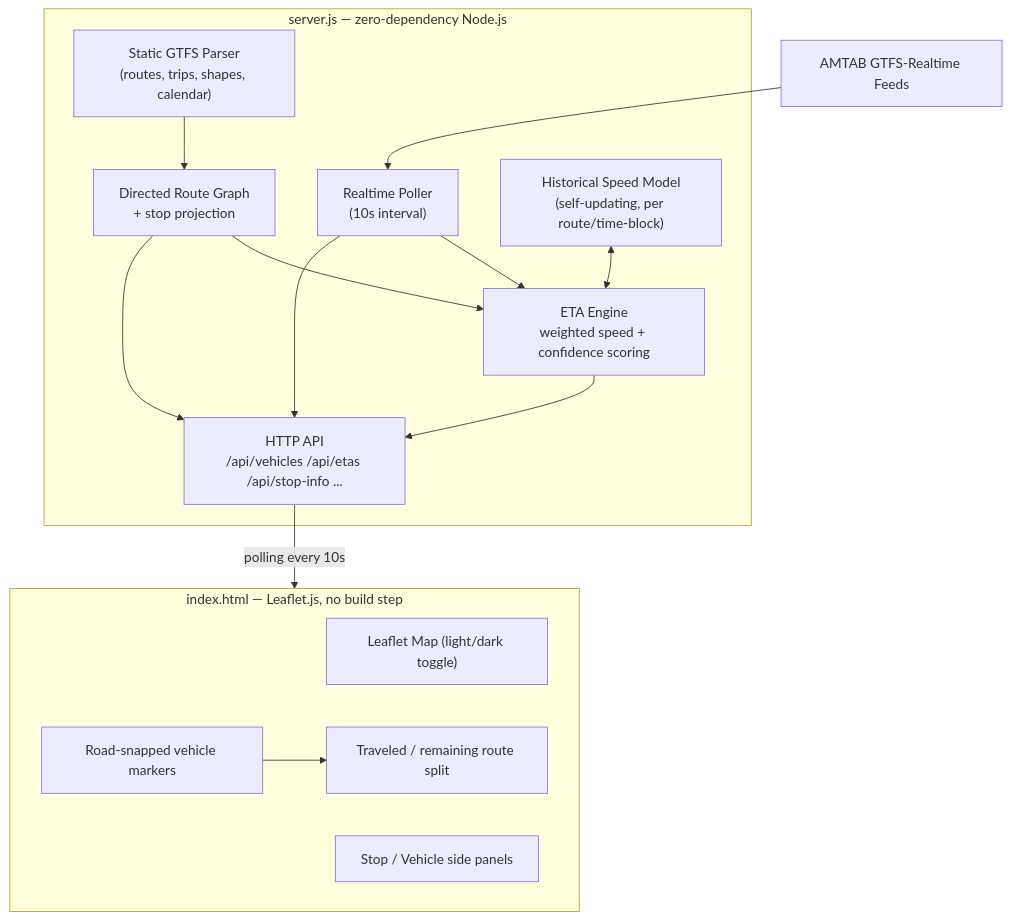
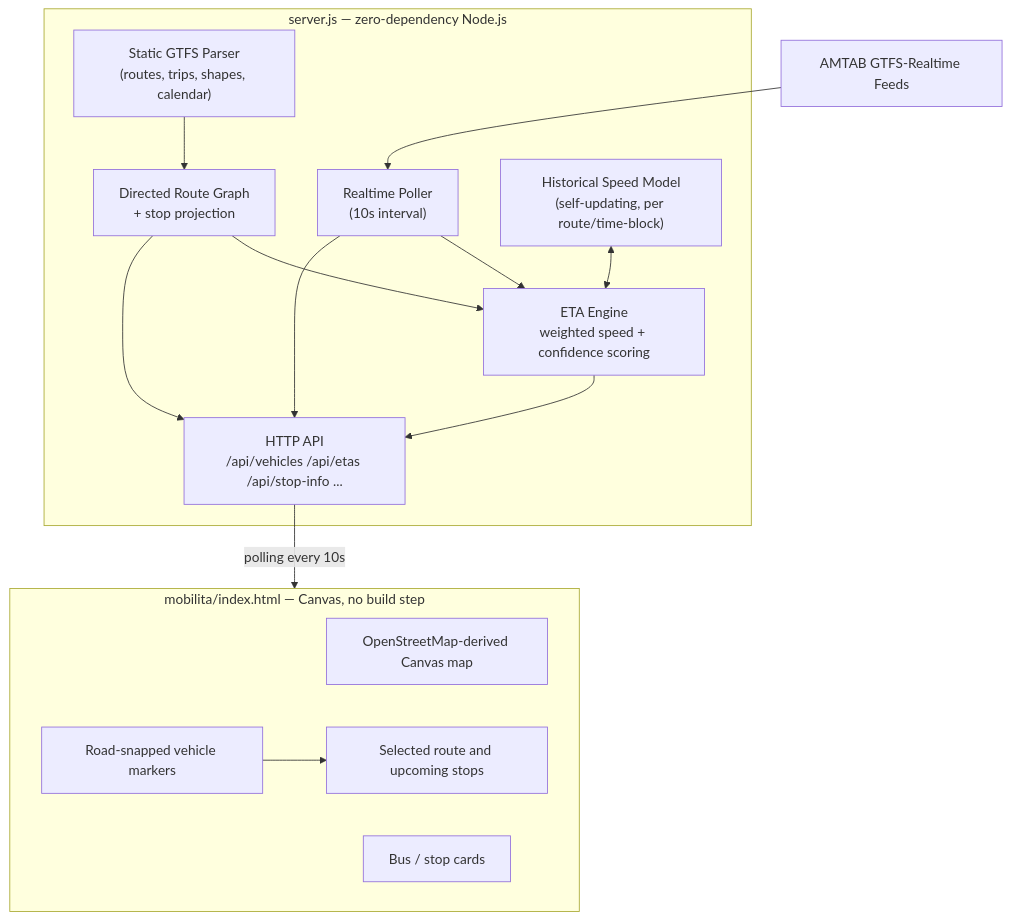
Before and after one commit to pancake37/bari-bus-map: the diagram in README.md, drawn with Mermaid. The commit also changed other lines of this file and 3 other files, not shown here.

Commit message:
feat(map): collapse passed stops and refresh README screenshots

````diff
--- a/README.md
+++ b/README.md
@@ -45,30 +53,30 @@
 ```mermaid
 flowchart TB
     subgraph Backend["server.js — zero-dependency Node.js"]
         GTFS["Static GTFS Parser\n(routes, trips, shapes, calendar)"]
         Graph["Directed Route Graph\n+ stop projection"]
         RT["Realtime Poller\n(10s interval)"]
         ETA["ETA Engine\nweighted speed + confidence scoring"]
         Hist["Historical Speed Model\n(self-updating, per route/time-block)"]
         API["HTTP API\n/api/vehicles /api/etas /api/stop-info ..."]
 
         GTFS --> Graph
         RT --> ETA
         Graph --> ETA
         Hist <--> ETA
         ETA --> API
         Graph --> API
         RT --> API
     end
 
-    subgraph Frontend["index.html — Leaflet.js, no build step"]
-        Map["Leaflet Map (light/dark toggle)"]
+    subgraph Frontend["mobilita/index.html — Canvas, no build step"]
+        Map["OpenStreetMap-derived Canvas map"]
         Markers["Road-snapped vehicle markers"]
-        Panel["Stop / Vehicle side panels"]
-        Line["Traveled / remaining route split"]
+        Panel["Bus / stop cards"]
+        Line["Selected route and upcoming stops"]
     end
 
     AMTAB["AMTAB GTFS-Realtime Feeds"] --> RT
     API -->|polling every 10s| Frontend
     Markers --> Line
 ```
````
